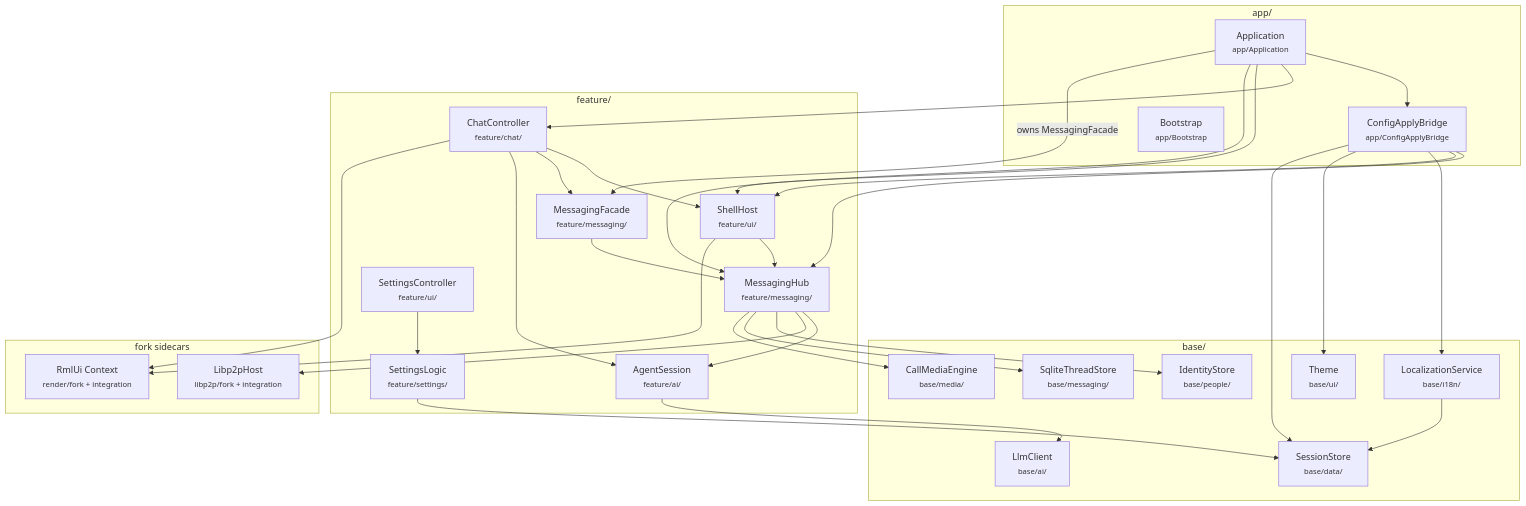
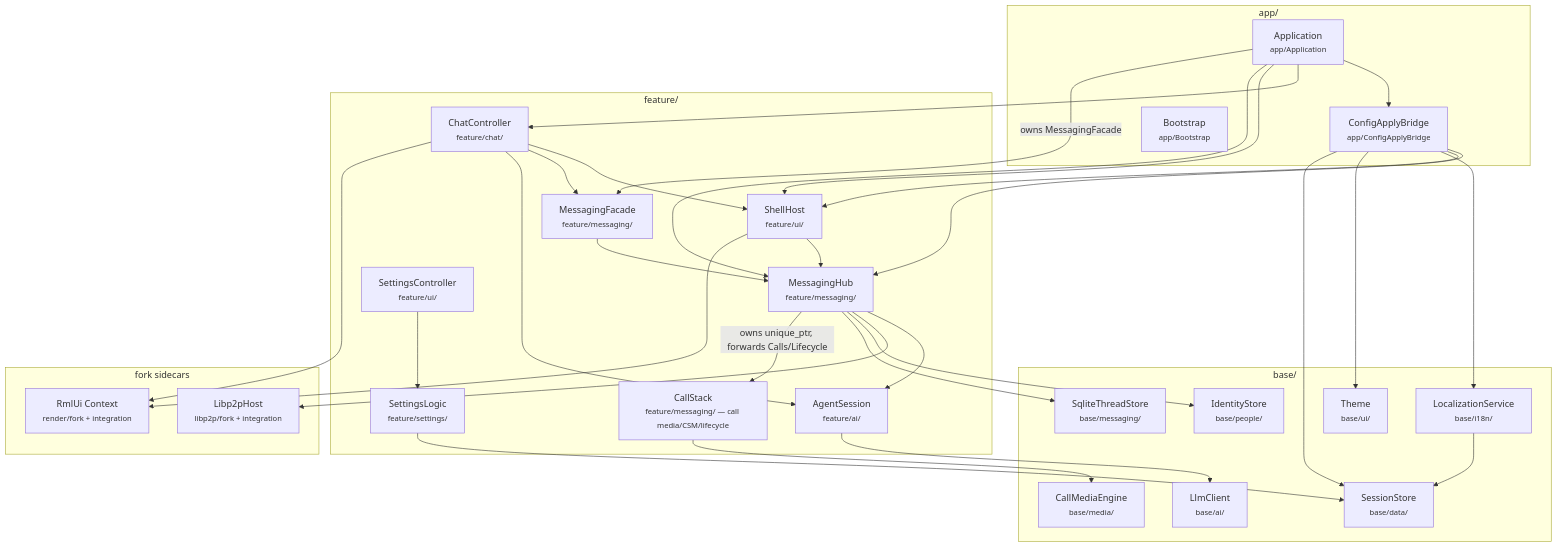
Before and after one commit to people-post/pp-browser: the first of 4 diagrams in docs/architecture/RUNTIME_COMPOSITION.md, drawn with Mermaid. The commit also changed other lines of this file and 10 other files, not shown here.

Commit message:
Extract CallStack from MessagingHub for call media ownership

````diff
--- a/docs/architecture/RUNTIME_COMPOSITION.md
+++ b/docs/architecture/RUNTIME_COMPOSITION.md
@@ -18,61 +18,63 @@
 ```mermaid
 flowchart TB
   subgraph app_layer["app/"]
     Application["Application<br/><small>app/Application</small>"]
     ConfigApplyBridge["ConfigApplyBridge<br/><small>app/ConfigApplyBridge</small>"]
     Bootstrap["Bootstrap<br/><small>app/Bootstrap</small>"]
   end
 
   subgraph feature_layer["feature/"]
     SettingsLogic["SettingsLogic<br/><small>feature/settings/</small>"]
     AgentSession["AgentSession<br/><small>feature/ai/</small>"]
     MessagingHub["MessagingHub<br/><small>feature/messaging/</small>"]
+    CallStack["CallStack<br/><small>feature/messaging/ — call media/CSM/lifecycle</small>"]
     MessagingFacade["MessagingFacade<br/><small>feature/messaging/</small>"]
     ShellHost["ShellHost<br/><small>feature/ui/</small>"]
     SettingsController["SettingsController<br/><small>feature/ui/</small>"]
     ChatController["ChatController<br/><small>feature/chat/</small>"]
   end
 
   subgraph base_layer["base/"]
     SessionStore["SessionStore<br/><small>base/data/</small>"]
     LocalizationService["LocalizationService<br/><small>base/i18n/</small>"]
     Theme["Theme<br/><small>base/ui/</small>"]
     IdentityStore["IdentityStore<br/><small>base/people/</small>"]
     ThreadStore["SqliteThreadStore<br/><small>base/messaging/</small>"]
     LlmClient["LlmClient<br/><small>base/ai/</small>"]
     CallMediaEngine["CallMediaEngine<br/><small>base/media/</small>"]
   end
 
   subgraph sidecars["fork sidecars"]
     RmlUi["RmlUi Context<br/><small>render/fork + integration</small>"]
     Libp2p["Libp2pHost<br/><small>libp2p/fork + integration</small>"]
   end
 
   Application --> ConfigApplyBridge
   Application --> ChatController
   Application --> ShellHost
   Application --> MessagingHub
   Application -->|owns MessagingFacade| MessagingFacade
   MessagingFacade --> MessagingHub
   ConfigApplyBridge --> MessagingHub
   ConfigApplyBridge --> ShellHost
   ConfigApplyBridge --> LocalizationService
   ConfigApplyBridge --> Theme
   ConfigApplyBridge --> SessionStore
 
   ChatController --> ShellHost
   ChatController --> MessagingFacade
   ChatController --> AgentSession
   ShellHost --> MessagingHub
   SettingsController --> SettingsLogic
   MessagingHub --> AgentSession
   MessagingHub --> Libp2p
   MessagingHub --> IdentityStore
   MessagingHub --> ThreadStore
-  MessagingHub --> CallMediaEngine
+  MessagingHub -->|owns unique_ptr, forwards Calls/Lifecycle| CallStack
+  CallStack --> CallMediaEngine
   ShellHost --> RmlUi
   ChatController --> RmlUi
   SettingsLogic --> SessionStore
   AgentSession --> LlmClient
   LocalizationService --> SessionStore
 ```
````
